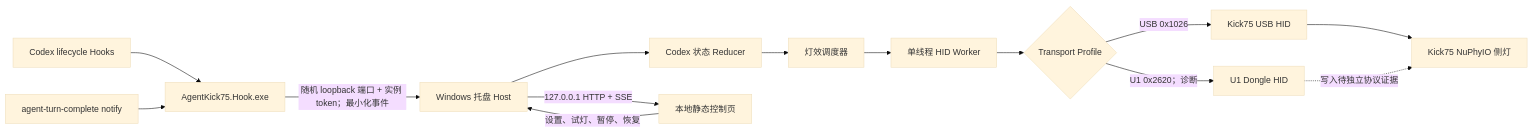
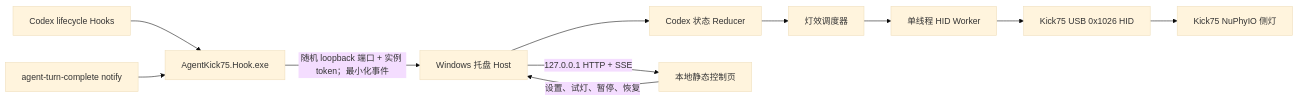
The diagram in docs/WINDOWS_CODEX_MVP_PLAN.md (QuinMeow/codex-kick75-status-lights), drawn with Mermaid (base theme) before and after one commit. The commit also changed other lines of this file and 5 other files, not shown here.

````diff
--- a/docs/WINDOWS_CODEX_MVP_PLAN.md
+++ b/docs/WINDOWS_CODEX_MVP_PLAN.md
@@ -129,16 +129,13 @@
 ```mermaid
 flowchart LR
     C["Codex lifecycle Hooks"] --> H["AgentKick75.Hook.exe"]
     N["agent-turn-complete notify"] --> H
     H -->|"随机 loopback 端口 + 实例 token；最小化事件"| T["Windows 托盘 Host"]
     T --> R["Codex 状态 Reducer"]
     R --> L["灯效调度器"]
     L --> W["单线程 HID Worker"]
-    W --> X{"Transport Profile"}
-    X -->|"USB 0x1026"| U["Kick75 USB HID"]
-    X -->|"U1 0x2620；诊断"| D["U1 Dongle HID"]
+    W --> U["Kick75 USB 0x1026 HID"]
     U --> K["Kick75 NuPhyIO 侧灯"]
-    D -.->|"写入待独立协议证据"| K
     T -->|"127.0.0.1 HTTP + SSE"| P["本地静态控制页"]
     P -->|"设置、试灯、暂停、恢复"| T
 ```
````
